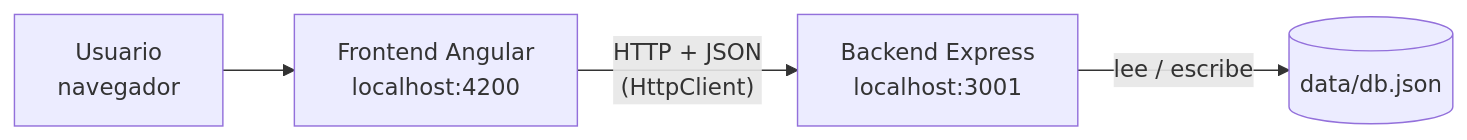
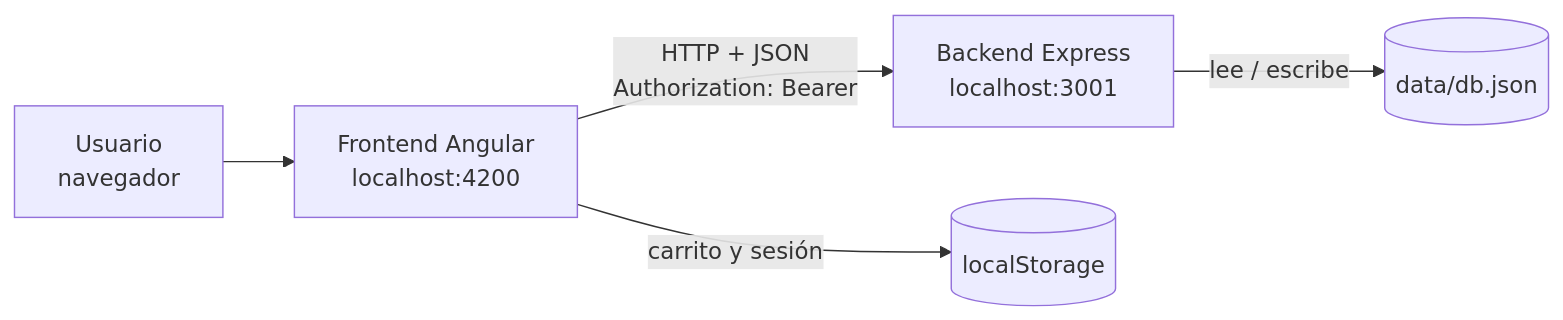
One commit to jesusmechan/pc2_javascript_avanzado changed the first of 3 diagrams in README.md. Above: the diagram before and after it, drawn with Mermaid. The commit also changed other lines of this file and 108 other files, not shown here.

````diff
--- a/README.md
+++ b/README.md
@@ -14,6 +16,7 @@
 ```mermaid
 flowchart LR
     U[Usuario<br/>navegador] --> F[Frontend Angular<br/>localhost:4200]
-    F -- "HTTP + JSON<br/>(HttpClient)" --> B[Backend Express<br/>localhost:3001]
+    F -- "HTTP + JSON<br/>Authorization: Bearer" --> B[Backend Express<br/>localhost:3001]
     B -- "lee / escribe" --> D[(data/db.json)]
+    F -- "carrito y sesión" --> L[(localStorage)]
 ```
````
